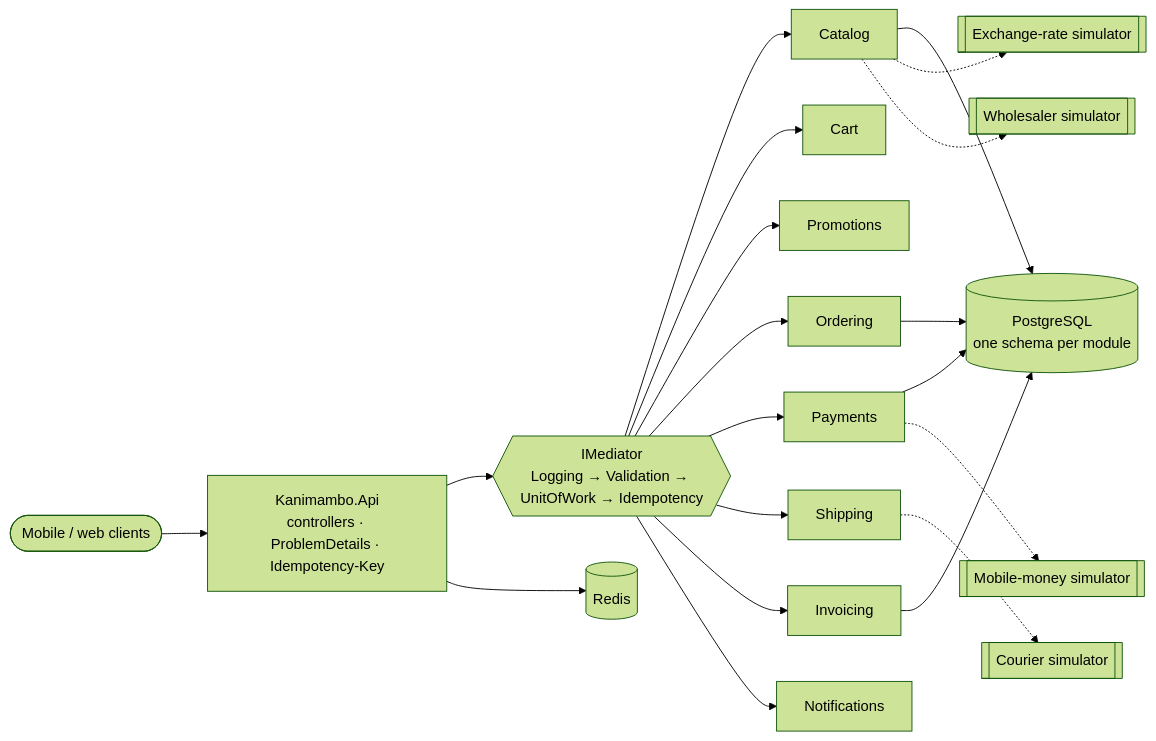
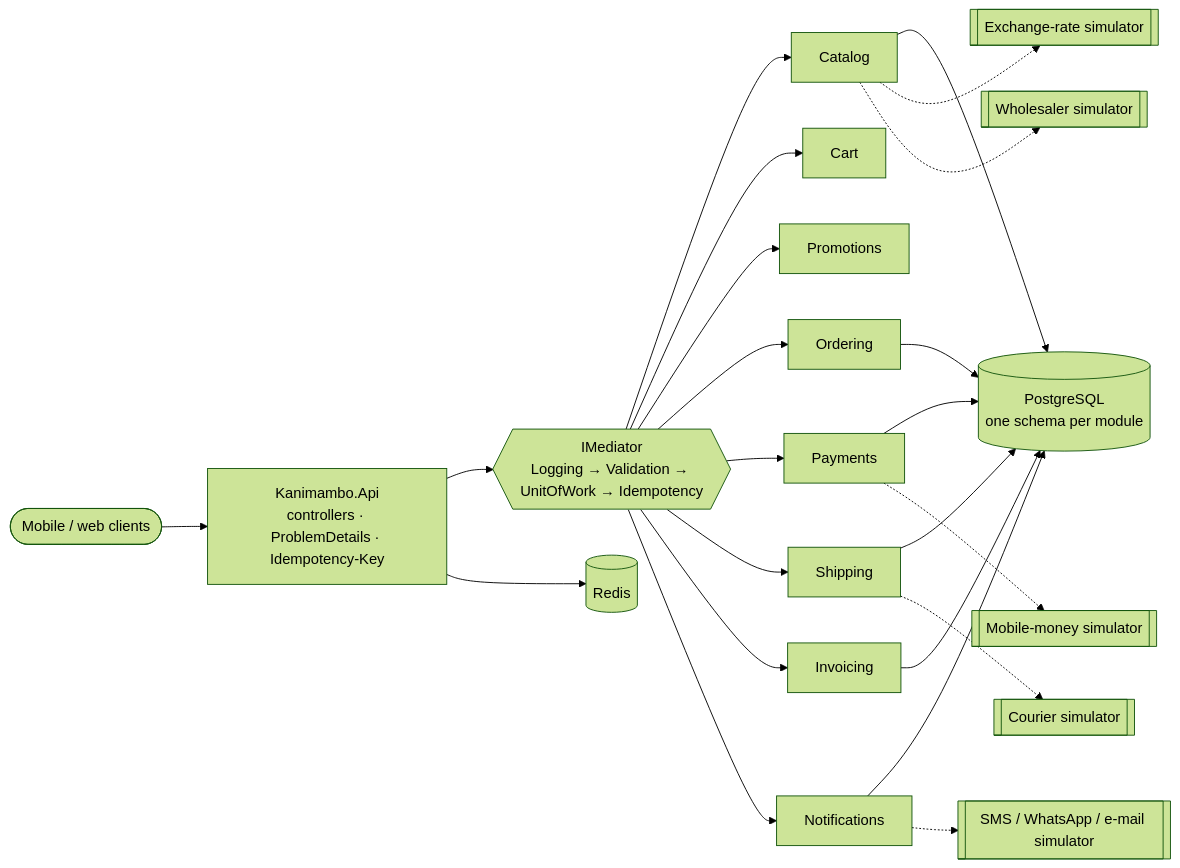
One commit to edilsonmanjate/kanimambo-market changed the diagram in README.md. Above: the diagram before and after it, drawn with Mermaid (forest theme). The commit also changed other lines of this file and 4 other files, not shown here.

````diff
--- a/README.md
+++ b/README.md
@@ -112,13 +117,14 @@
 ```mermaid
 flowchart LR
     client([Mobile / web clients]) --> api[Kanimambo.Api<br/>controllers · ProblemDetails · Idempotency-Key]
     api --> mediator{{IMediator<br/>Logging → Validation → UnitOfWork → Idempotency}}
     mediator --> catalog[Catalog] & cart[Cart] & promotions[Promotions] & ordering[Ordering]
     mediator --> payments[Payments] & shipping[Shipping] & invoicing[Invoicing] & notifications[Notifications]
-    catalog & ordering & payments & invoicing --> pg[(PostgreSQL<br/>one schema per module)]
+    catalog & ordering & payments & shipping & invoicing & notifications --> pg[(PostgreSQL<br/>one schema per module)]
     api --> redis[(Redis)]
     catalog -.-> fx[[Exchange-rate simulator]]
     catalog -.-> ws[[Wholesaler simulator]]
     payments -.-> mm[[Mobile-money simulator]]
     shipping -.-> courier[[Courier simulator]]
+    notifications -.-> msg[[SMS / WhatsApp / e-mail simulator]]
 ```
````
